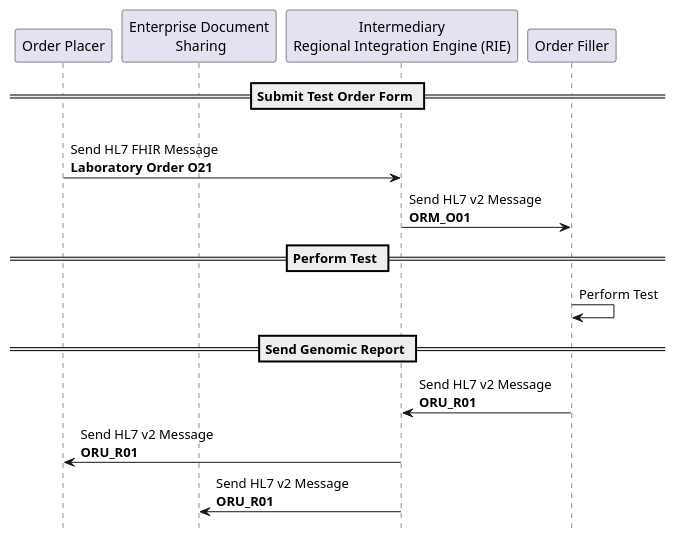
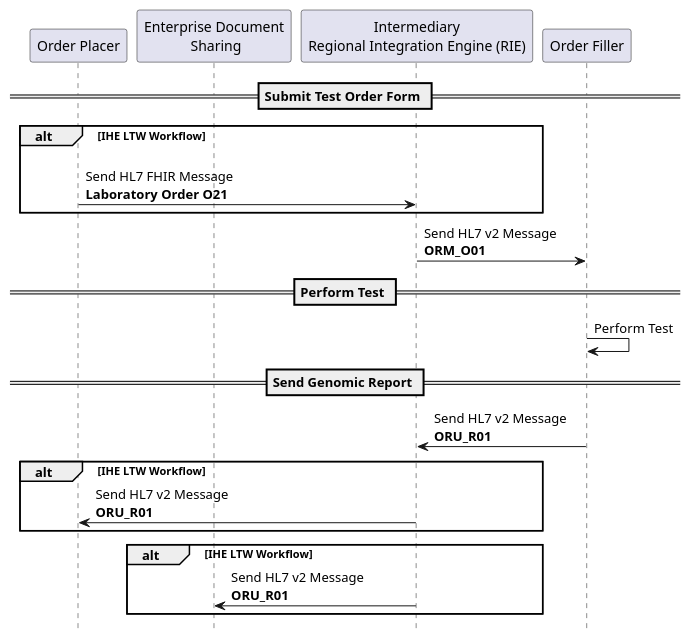
One commit to nw-gmsa/nw-gmsa.github.com changed the diagram in input/images-source/LTW-now-sequence.plantuml. Above: the diagram before and after it, drawn with PlantUML. The commit also changed 2 other files, not shown here.

```diff
--- a/input/images-source/LTW-now-sequence.plantuml
+++ b/input/images-source/LTW-now-sequence.plantuml
@@ -1,27 +1,33 @@
 @startuml
 
 hide footbox
 
 participant "Order Placer" as EPR
 participant "Enterprise Document\n Sharing" as XDS
 participant "Intermediary\nRegional Integration Engine (RIE)" as TIE
 participant "Order Filler" as LIMS
 
 
 
 == Submit Test Order Form ==
 
+alt IHE LTW Workflow
 EPR -> TIE: \nSend HL7 FHIR Message\n**Laboratory Order O21**
+end
 TIE -> LIMS: Send HL7 v2 Message\n**ORM_O01**
 
 == Perform Test ==
 
 LIMS -> LIMS: Perform Test
 
 == Send Genomic Report ==
 
 LIMS -> TIE: Send HL7 v2 Message\n**ORU_R01**
+alt IHE LTW Workflow
 TIE -> EPR: Send HL7 v2 Message\n**ORU_R01**
+end
+alt IHE LTW Workflow
 TIE -> XDS: Send HL7 v2 Message\n**ORU_R01**
+end
 
 @enduml
```
